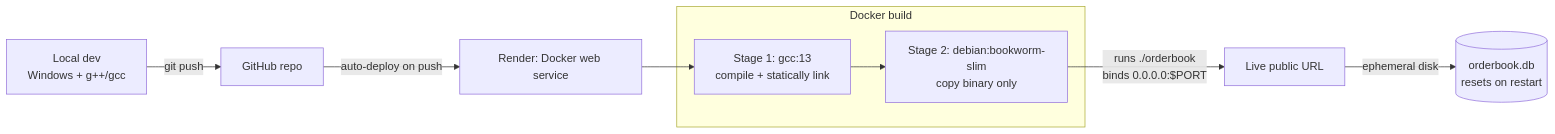
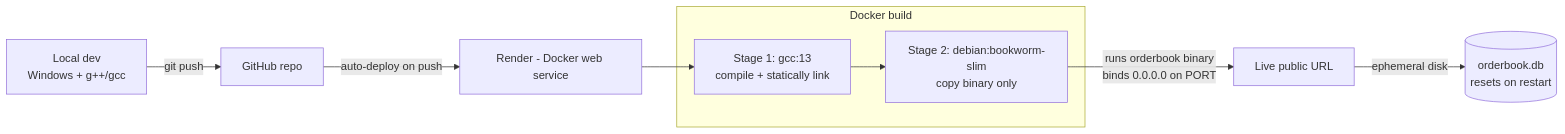
Before and after one commit to Abhinav1541/orderbook-engine: the second of 2 diagrams in README.md, drawn with Mermaid. The commit also changed other lines of this file, not shown here.

Commit message:
Fix Mermaid syntax in architecture diagrams

````diff
--- a/README.md
+++ b/README.md
@@ -50,13 +50,13 @@
 ```mermaid
 graph LR
-    Dev[Local dev<br/>Windows + g++/gcc] -->|git push| GitHub[GitHub repo]
-    GitHub -->|auto-deploy on push| Render[Render: Docker web service]
+    Dev["Local dev<br/>Windows + g++/gcc"] -->|"git push"| GitHub["GitHub repo"]
+    GitHub -->|"auto-deploy on push"| Render["Render - Docker web service"]
 
-    subgraph Docker build
-        Build[Stage 1: gcc:13<br/>compile + statically link] --> Runtime[Stage 2: debian:bookworm-slim<br/>copy binary only]
+    subgraph "Docker build"
+        Build["Stage 1: gcc:13<br/>compile + statically link"] --> Runtime["Stage 2: debian:bookworm-slim<br/>copy binary only"]
     end
 
     Render --> Build
-    Runtime -->|runs ./orderbook<br/>binds 0.0.0.0:$PORT| Live[Live public URL]
-    Live -->|ephemeral disk| SQLiteFile[(orderbook.db<br/>resets on restart)]
+    Runtime -->|"runs orderbook binary<br/>binds 0.0.0.0 on PORT"| Live["Live public URL"]
+    Live -->|"ephemeral disk"| SQLiteFile[("orderbook.db<br/>resets on restart")]
 ```
````
